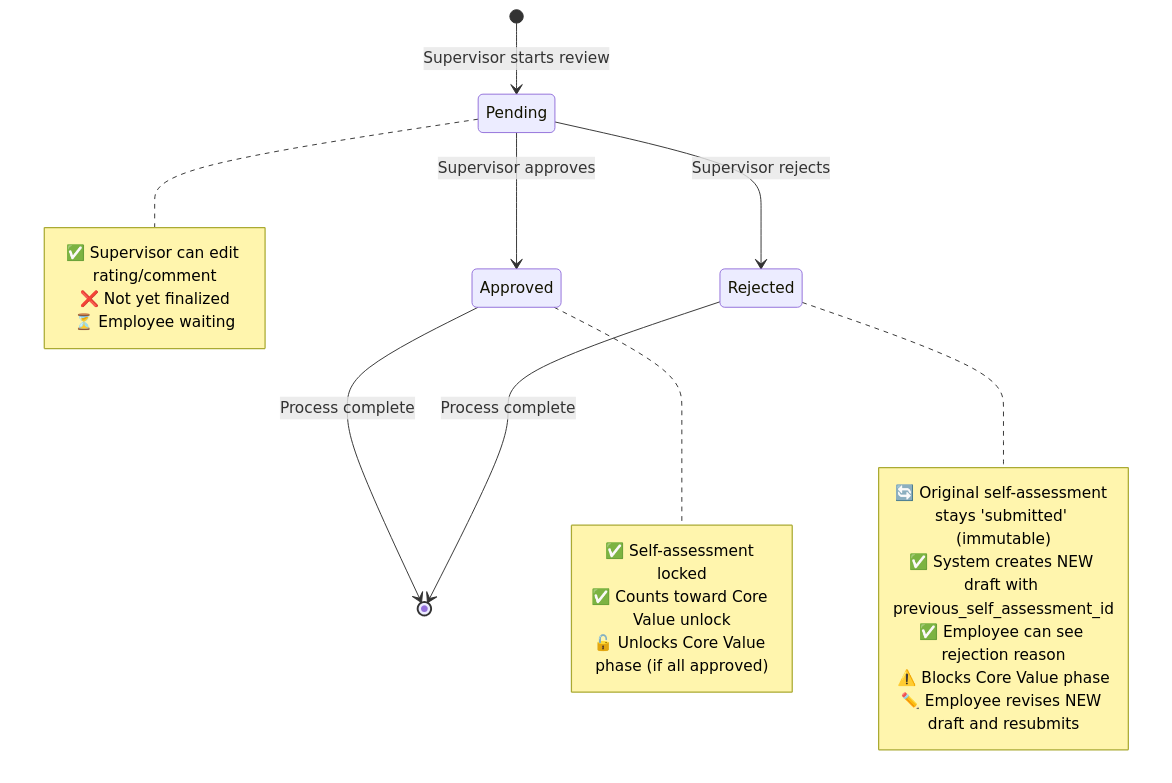
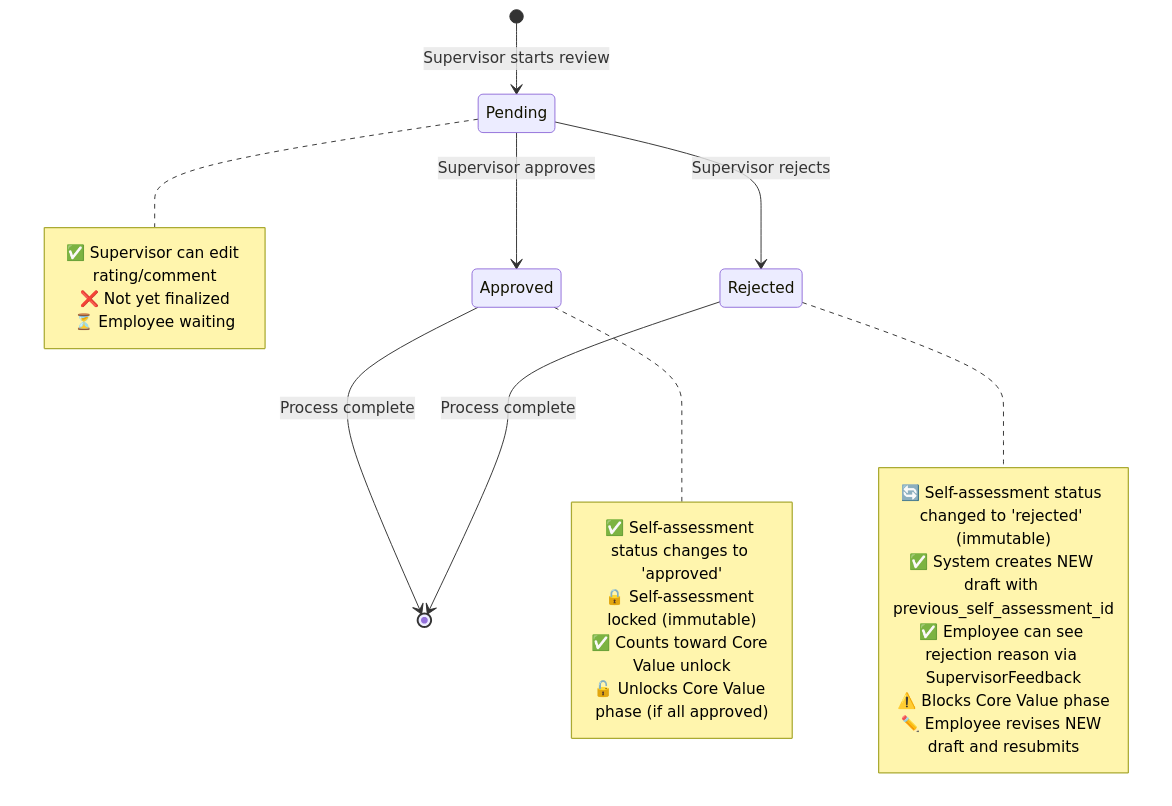
Before and after one commit to shintairiku/evaluation-system: the third of 3 diagrams in .kiro/specs/self-assessment/domain-model.md, drawn with Mermaid. The commit also changed other lines of this file, not shown here.

Commit message:
docs: update self-assessment lifecycle and rejection flow

````diff
--- a/.kiro/specs/self-assessment/domain-model.md
+++ b/.kiro/specs/self-assessment/domain-model.md
@@ -485,28 +516,29 @@
 ```mermaid
 stateDiagram-v2
     [*] --> Pending: Supervisor starts review
     Pending --> Approved: Supervisor approves
     Pending --> Rejected: Supervisor rejects
     Approved --> [*]: Process complete
     Rejected --> [*]: Process complete
 
     note right of Pending
         ✅ Supervisor can edit rating/comment
         ❌ Not yet finalized
         ⏳ Employee waiting
     end note
 
     note right of Approved
-        ✅ Self-assessment locked
+        ✅ Self-assessment status changes to 'approved'
+        🔒 Self-assessment locked (immutable)
         ✅ Counts toward Core Value unlock
         🔓 Unlocks Core Value phase (if all approved)
     end note
 
     note right of Rejected
-        🔄 Original self-assessment stays 'submitted' (immutable)
+        🔄 Self-assessment status changed to 'rejected' (immutable)
         ✅ System creates NEW draft with previous_self_assessment_id
-        ✅ Employee can see rejection reason
+        ✅ Employee can see rejection reason via SupervisorFeedback
         ⚠️ Blocks Core Value phase
         ✏️ Employee revises NEW draft and resubmits
     end note
 ```
````
